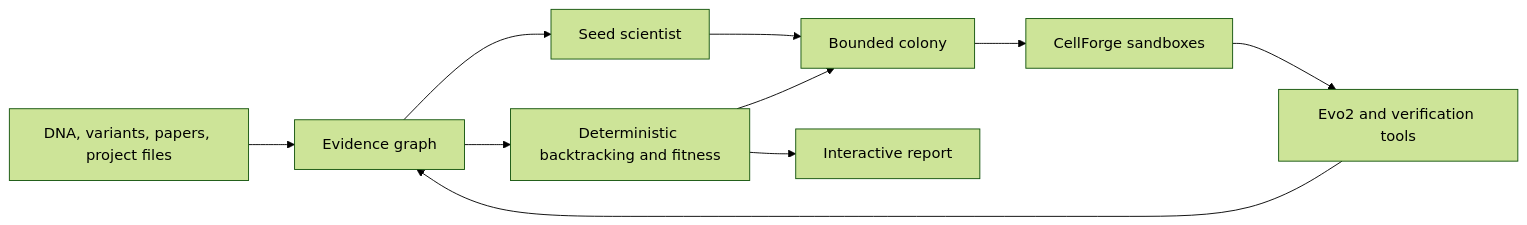
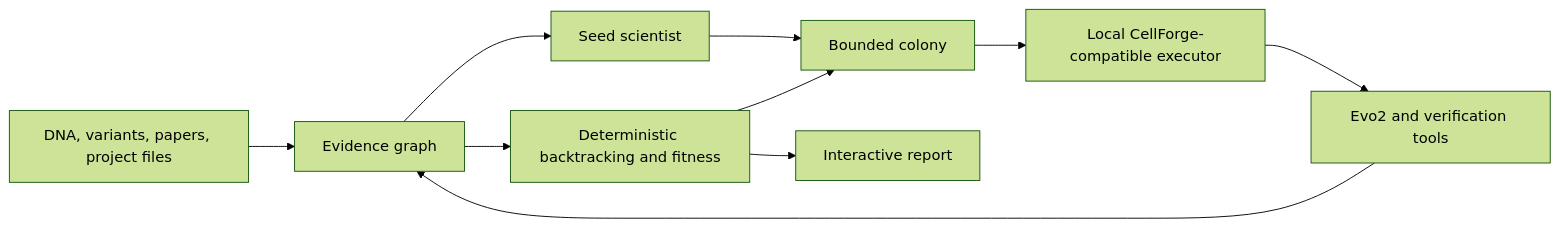
The diagram in README.md (srikarjy/concordia), drawn with Mermaid (forest theme) before and after one commit. The commit also changed other lines of this file and 13 other files, not shown here.

````diff
--- a/README.md
+++ b/README.md
@@ -30,12 +30,12 @@
 ```mermaid
 flowchart LR
     I[DNA, variants, papers, project files] --> G[Evidence graph]
     G --> S[Seed scientist]
     S --> C[Bounded colony]
-    C --> F[CellForge sandboxes]
+    C --> F[Local CellForge-compatible executor]
     F --> T[Evo2 and verification tools]
     T --> G
     G --> V[Deterministic backtracking and fitness]
     V --> C
     V --> R[Interactive report]
 ```
````
